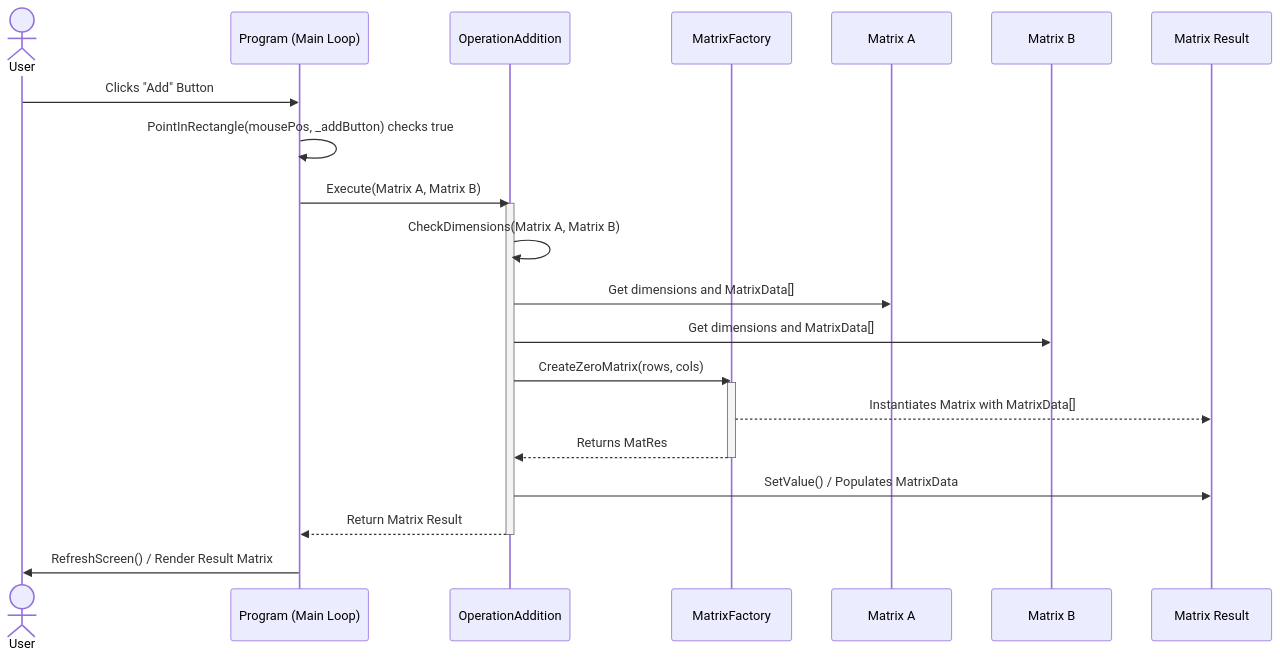
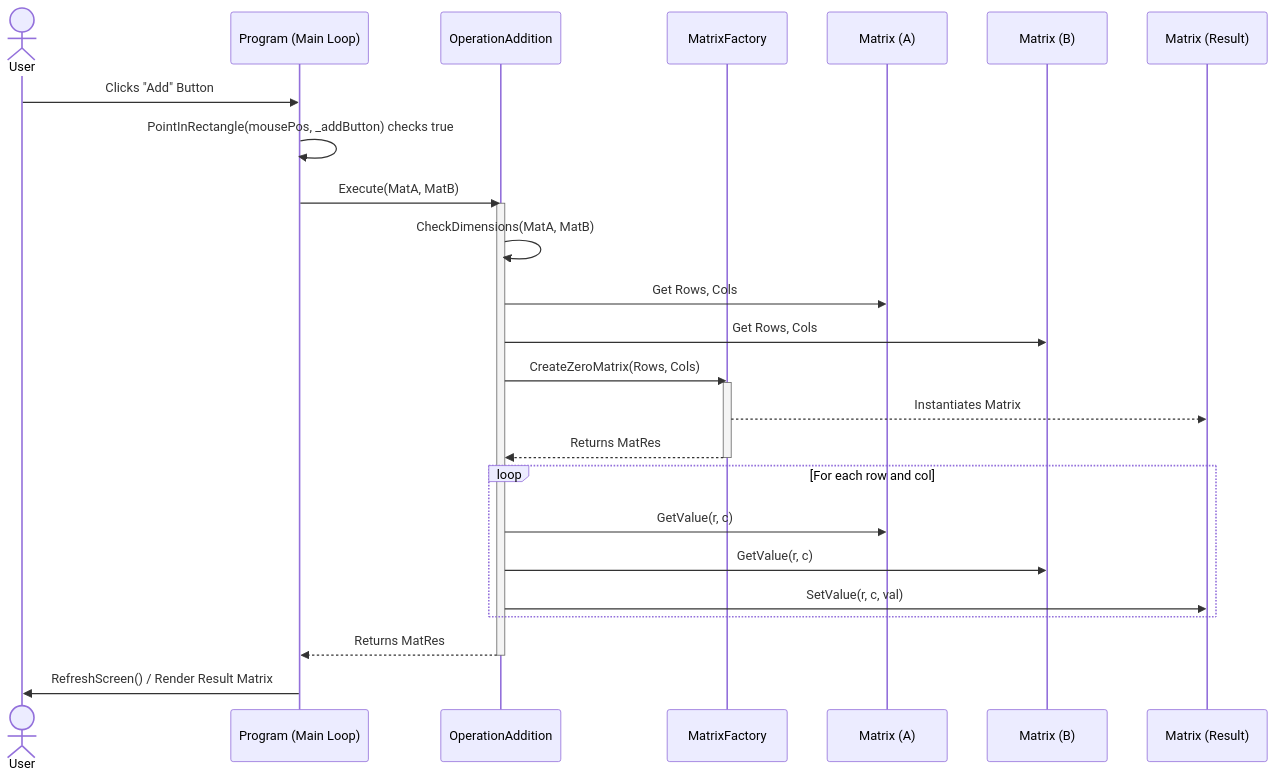
One commit to Puzzl3Mak3r/Matrix-Calculator-Custom-Project changed the diagram in UMLsequence.md. Above: the diagram before and after it, drawn with Mermaid. The commit also changed 3 other files, not shown here.

````diff
--- a/UMLsequence.md
+++ b/UMLsequence.md
@@ -7,32 +7,37 @@
 ```mermaid
 sequenceDiagram
     actor User
     participant GUI as Program (Main Loop)
     participant Strategy as OperationAddition
     participant Factory as MatrixFactory
-    participant MatA as Matrix A
-    participant MatB as Matrix B
-    participant MatRes as Matrix Result
+    participant MatA as Matrix (A)
+    participant MatB as Matrix (B)
+    participant MatRes as Matrix (Result)
 
     User->>GUI: Clicks "Add" Button
     GUI->>GUI: PointInRectangle(mousePos, _addButton) checks true
     
-    GUI->>Strategy: Execute(Matrix A, Matrix B)
+    GUI->>Strategy: Execute(MatA, MatB)
     activate Strategy
     
-    Strategy->>Strategy: CheckDimensions(Matrix A, Matrix B)
-    Strategy->>MatA: Get dimensions and MatrixData[]
-    Strategy->>MatB: Get dimensions and MatrixData[]
+    Strategy->>Strategy: CheckDimensions(MatA, MatB)
+    Strategy->>MatA: Get Rows, Cols
+    Strategy->>MatB: Get Rows, Cols
     
-    Strategy->>Factory: CreateZeroMatrix(rows, cols)
+    Strategy->>Factory: CreateZeroMatrix(Rows, Cols)
     activate Factory
-    Factory-->>MatRes: Instantiates Matrix with MatrixData[]
+    Factory-->>MatRes: Instantiates Matrix
     Factory-->>Strategy: Returns MatRes
     deactivate Factory
     
-    Strategy->>MatRes: SetValue() / Populates MatrixData
-    Strategy-->>GUI: Return Matrix Result
+    loop For each row and col
+        Strategy->>MatA: GetValue(r, c)
+        Strategy->>MatB: GetValue(r, c)
+        Strategy->>MatRes: SetValue(r, c, val)
+    end
+
+    Strategy-->>GUI: Returns MatRes
     deactivate Strategy
     
     GUI->>User: RefreshScreen() / Render Result Matrix
 ```
````
